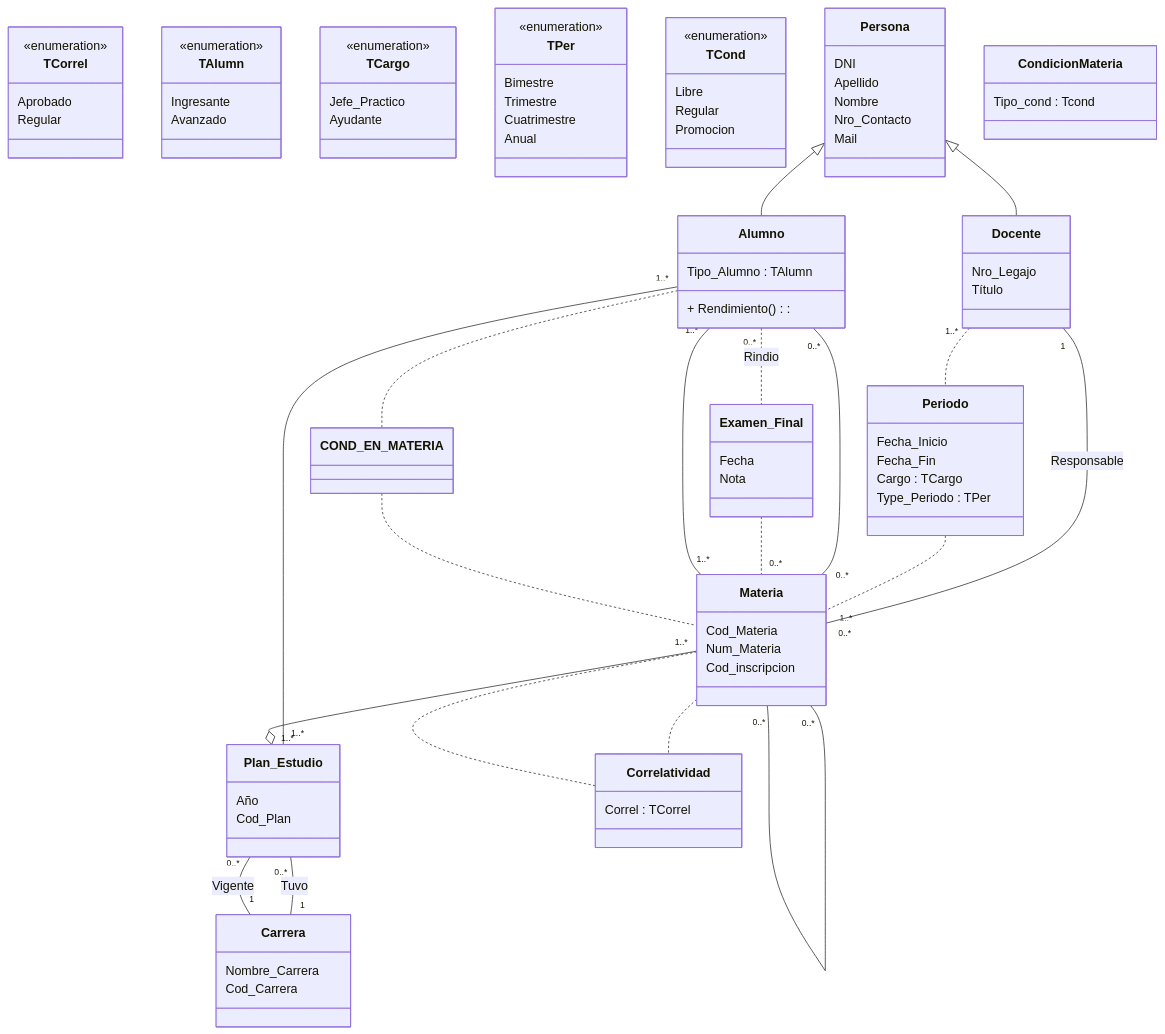
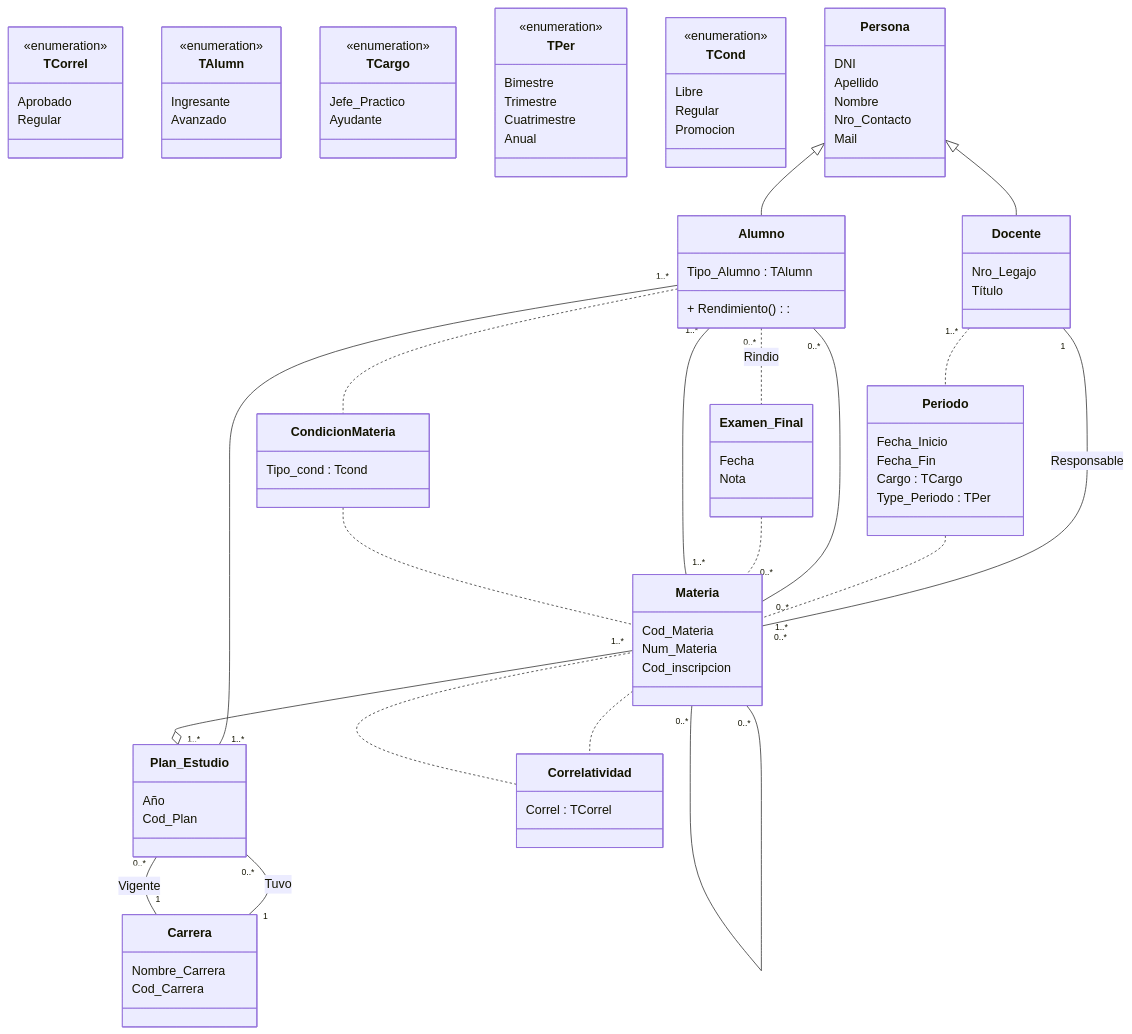
Before and after one commit to natashalunaa/sistema-de-gestion-estudiantil-G6: the diagram in documentación/diagrams/dc_texto_mermaid.mmd, drawn with Mermaid.

Commit message:
diagrama

```diff
--- a/documentación/diagrams/dc_texto_mermaid.mmd
+++ b/documentación/diagrams/dc_texto_mermaid.mmd
@@ -1,120 +1,120 @@
 classDiagram
 
 %% ENUMS
 class TCorrel {
   <<enumeration>>
   Aprobado
   Regular
 }
 
 class TAlumn {
   <<enumeration>>
   Ingresante
   Avanzado
 }
 
 class TCargo {
   <<enumeration>>
   Jefe_Practico
   Ayudante
 }
 
 class TPer {
   <<enumeration>>
   Bimestre
   Trimestre
   Cuatrimestre
   Anual
 }
 
 class TCond {
   <<enumeration>>
   Libre
   Regular
   Promocion
 }
 
 %% CLASES
 class Persona {
   DNI
   Apellido
   Nombre
   Nro_Contacto
   Mail
 }
 
 class Docente {
   Nro_Legajo
   Título
 }
 
 class Alumno {
   Tipo_Alumno : TAlumn
   + Rendimiento():
 }
 
 class Examen_Final {
   Fecha
   Nota
 }
 
 class Periodo {
   Fecha_Inicio
   Fecha_Fin
   Cargo : TCargo
   Type_Periodo : TPer
 }
 
 class Materia {
   Cod_Materia
   Num_Materia
   Cod_inscripcion
 }
 
 class Plan_Estudio {
   Año
   Cod_Plan
 }
 
 class Carrera {
   Nombre_Carrera
   Cod_Carrera
 }
 
 class Correlatividad {
   Correl : TCorrel
 }
 
 class CondicionMateria {
   Tipo_cond : Tcond
 }
 
 %% HERENCIA
 Persona <|-- Docente
 Persona <|-- Alumno
 
 %%RELACIONES DOCENTE MATERIA PERIODO
 Docente "1" -- "0..*" Materia : Responsable
 Docente "1..*".. Periodo
 Periodo .. "1..*"Materia
 
 %%RELACIONES ALUMNO MATERIA EXAMEN FINAL
 Alumno "0..*"--"0..*" Materia
 Alumno "0..*".. Examen_Final : Rindio
 Examen_Final .. "0..*" Materia
 
 %%RELACIONES PLAN DE ESTUDIO
 Alumno"1..*" -- "1..*" Plan_Estudio
 Materia"1..*" --o "1..*"Plan_Estudio
 Plan_Estudio "0..*"--"1" Carrera : Tuvo
 Plan_Estudio "0..*"-- "1"Carrera : Vigente
 
 %%RELACIONES DE MATERIA
 Materia "0..*"--"0..*" Materia
 Materia .. Correlatividad
 Correlatividad .. Materia
 
-%% RELACIONES MATERIA ALUMNO COND_EN_MATERIA
+%% RELACIONES MATERIA ALUMNO CONDICIONMATERIA
 Alumno"1..*" -- "1..*" Materia
-Alumno .. COND_EN_MATERIA
-COND_EN_MATERIA .. Materia
+Alumno .. CondicionMateria
+CondicionMateria .. Materia
```
